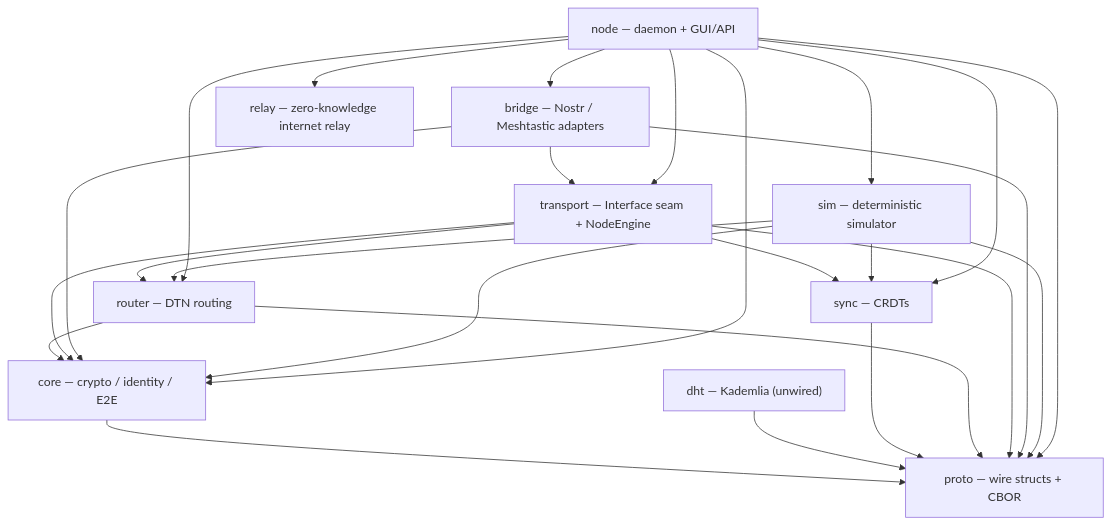
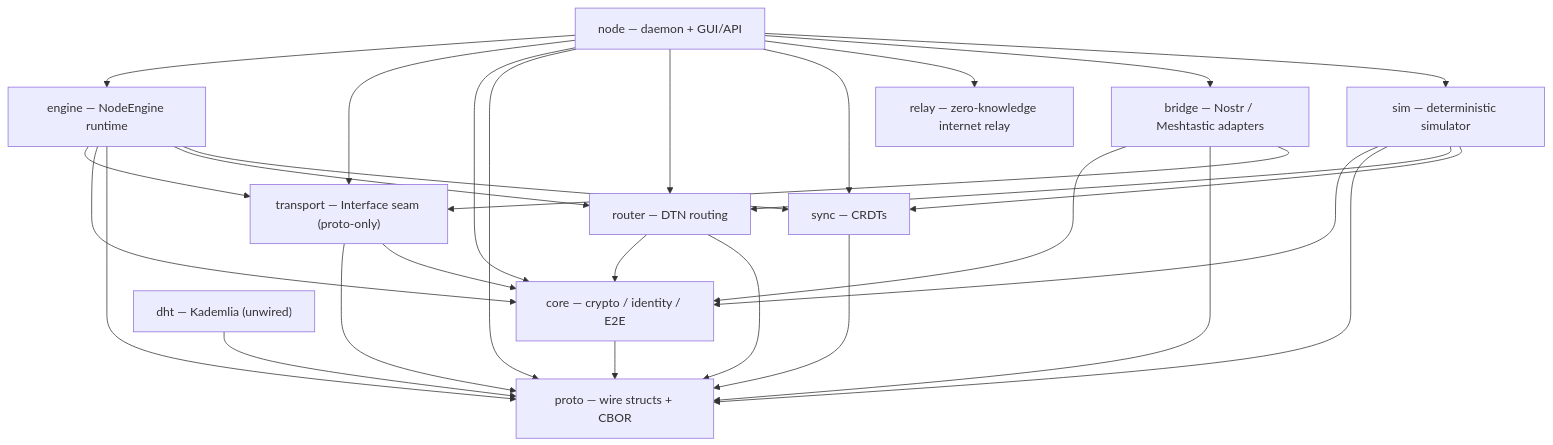
Before and after one commit to Matrix-Share/matrix: the first of 2 diagrams in ARCHITECTURE.md, drawn with Mermaid. The commit also changed other lines of this file and 25 other files, not shown here.

````diff
--- a/ARCHITECTURE.md
+++ b/ARCHITECTURE.md
@@ -52,22 +53,24 @@
 ```mermaid
 graph TD
     proto["proto — wire structs + CBOR"]
     core["core — crypto / identity / E2E"]
     router["router — DTN routing"]
     sync["sync — CRDTs"]
-    transport["transport — Interface seam + NodeEngine"]
+    transport["transport — Interface seam (proto-only)"]
+    engine["engine — NodeEngine runtime"]
     bridge["bridge — Nostr / Meshtastic adapters"]
     dht["dht — Kademlia (unwired)"]
     relay["relay — zero-knowledge internet relay"]
     sim["sim — deterministic simulator"]
     node["node — daemon + GUI/API"]
 
     core --> proto
     dht --> proto
     sync --> proto
     router --> core & proto
-    transport --> core & proto & router & sync
+    transport --> proto & core
+    engine --> transport & core & proto & router & sync
     bridge --> core & proto & transport
     sim --> core & proto & router & sync
-    node --> transport & core & proto & router & sync & relay & bridge & sim
+    node --> engine & transport & core & proto & router & sync & relay & bridge & sim
 ```
````
